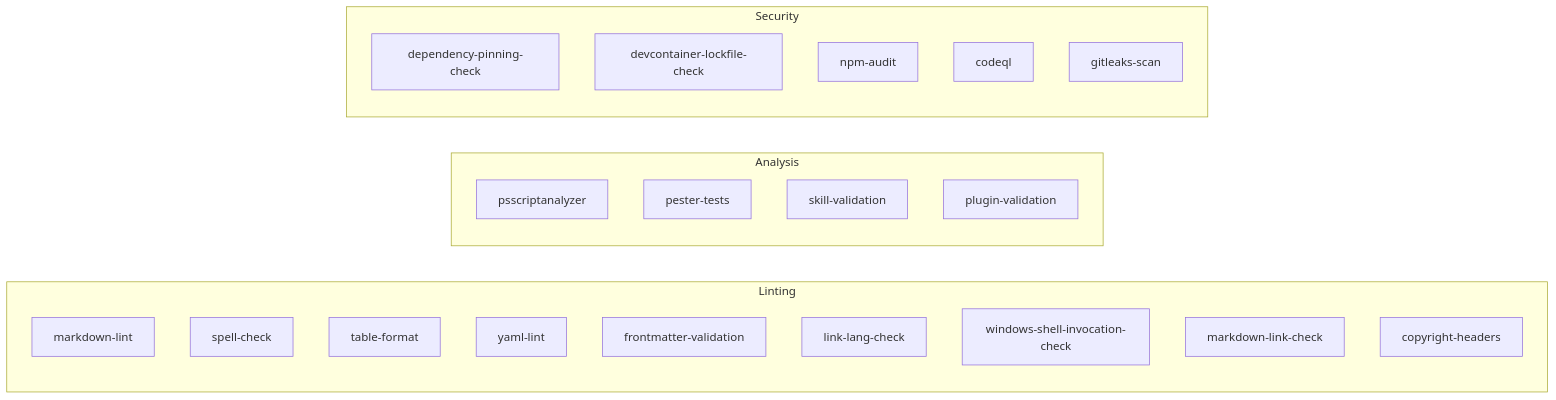
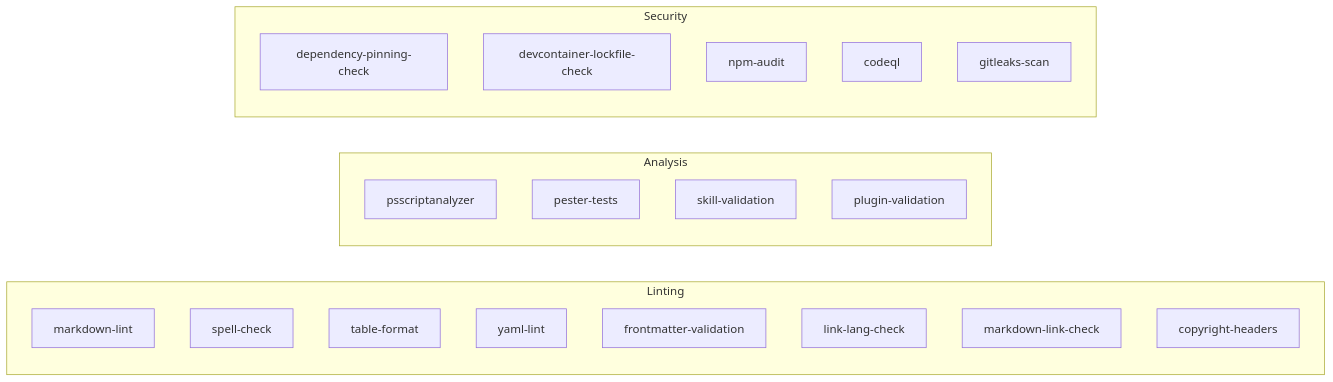
The second of 3 diagrams in docs/architecture/workflows.md (chalew101/hve-core), drawn with Mermaid before and after one commit. The commit also changed other lines of this file and 3 other files, not shown here.

````diff
--- a/docs/architecture/workflows.md
+++ b/docs/architecture/workflows.md
@@ -150,29 +149,28 @@
 ```mermaid
 flowchart LR
     subgraph "Linting"
         ML[markdown-lint]
         SC[spell-check]
         TF[table-format]
         YL[yaml-lint]
         FV[frontmatter-validation]
         LLC[link-lang-check]
-        WSI[windows-shell-invocation-check]
         MLC[markdown-link-check]
         CH[copyright-headers]
     end
 
     subgraph "Analysis"
         PSA[psscriptanalyzer]
         PT[pester-tests]
         SV[skill-validation]
         PV[plugin-validation]
     end
 
     subgraph "Security"
         DPC[dependency-pinning-check]
         DCL[devcontainer-lockfile-check]
         NA[npm-audit]
         CQL[codeql]
         GLS[gitleaks-scan]
     end
 ```
````
